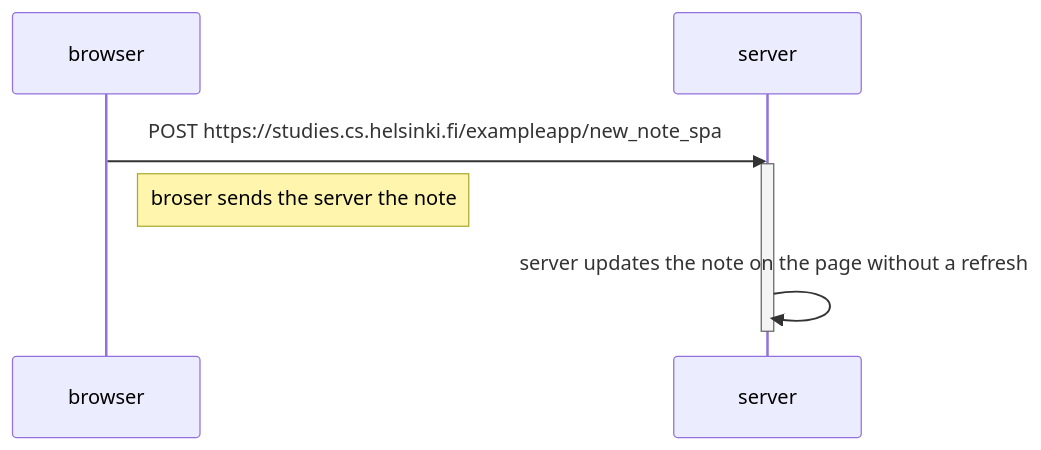
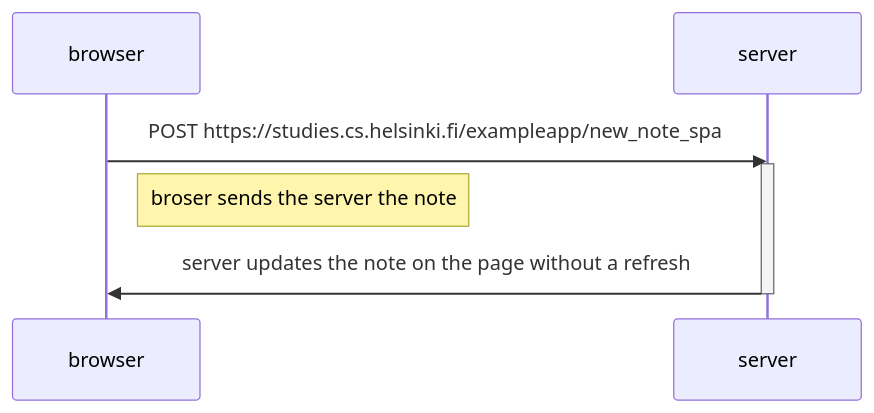
One commit to bananawrap/fullstackopen changed the diagram in part0/0.6.md. Above: the diagram before and after it, drawn with Mermaid.

Commit message:
update: part0/0.6

````diff
--- a/part0/0.6.md
+++ b/part0/0.6.md
@@ -1,12 +1,12 @@
 ```mermaid
 sequenceDiagram
     participant browser
     participant server
 
     browser->> server: POST https://studies.cs.helsinki.fi/exampleapp/new_note_spa
     activate server
     Note right of browser: broser sends the server the note
-    server->> server: server updates the note on the page without a refresh
+    server->> browser: server updates the note on the page without a refresh
     deactivate server
 
 ```
````
